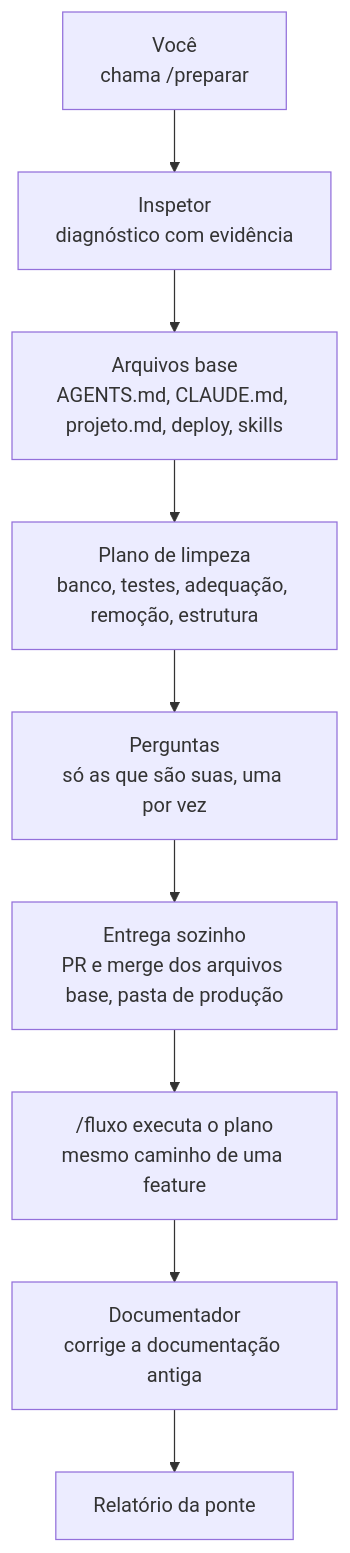
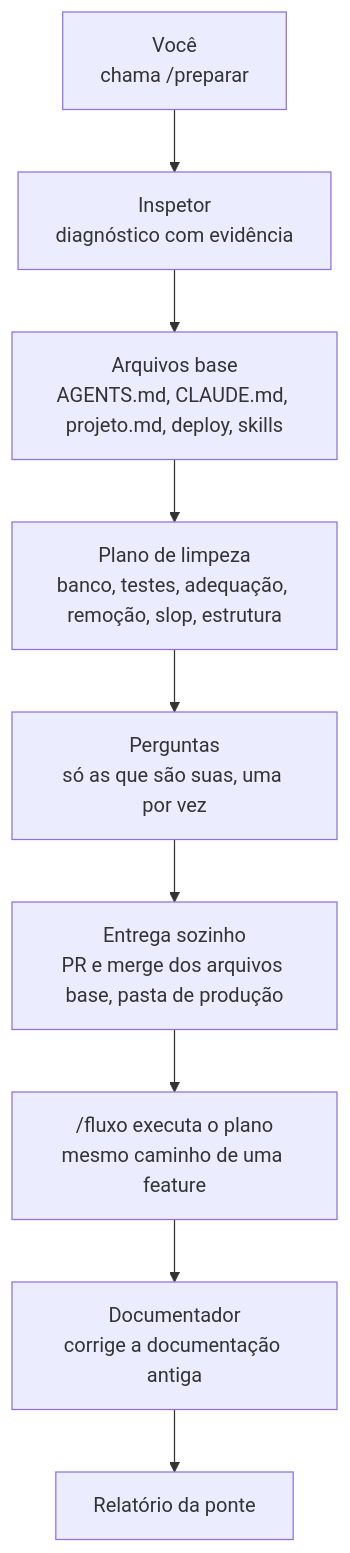
The second of 6 diagrams in README.md (CAAD-LABS/CYBERSTACK), drawn with Mermaid before and after one commit. The commit also changed other lines of this file and 6 other files, not shown here.

Commit message:
Limpeza de slop com lista fechada: inspetor acha, preparar limpa, revisor barra

````diff
--- a/README.md
+++ b/README.md
@@ -128,21 +128,21 @@
 ```mermaid
 flowchart TD
     U["Você<br/>chama /preparar"]
     INS["Inspetor<br/>diagnóstico com evidência"]
     BASE["Arquivos base<br/>AGENTS.md, CLAUDE.md, projeto.md, deploy, skills"]
-    PLANO["Plano de limpeza<br/>banco, testes, adequação, remoção, estrutura"]
+    PLANO["Plano de limpeza<br/>banco, testes, adequação, remoção, slop, estrutura"]
     PROP["Perguntas<br/>só as que são suas, uma por vez"]
     AP["Entrega sozinho<br/>PR e merge dos arquivos base, pasta de produção"]
     FL["/fluxo executa o plano<br/>mesmo caminho de uma feature"]
     DOC["Documentador<br/>corrige a documentação antiga"]
     REL["Relatório da ponte"]
 
     U --> INS
     INS --> BASE
     BASE --> PLANO
     PLANO --> PROP
     PROP --> AP
     AP --> FL
     FL --> DOC
     DOC --> REL
 ```
````
